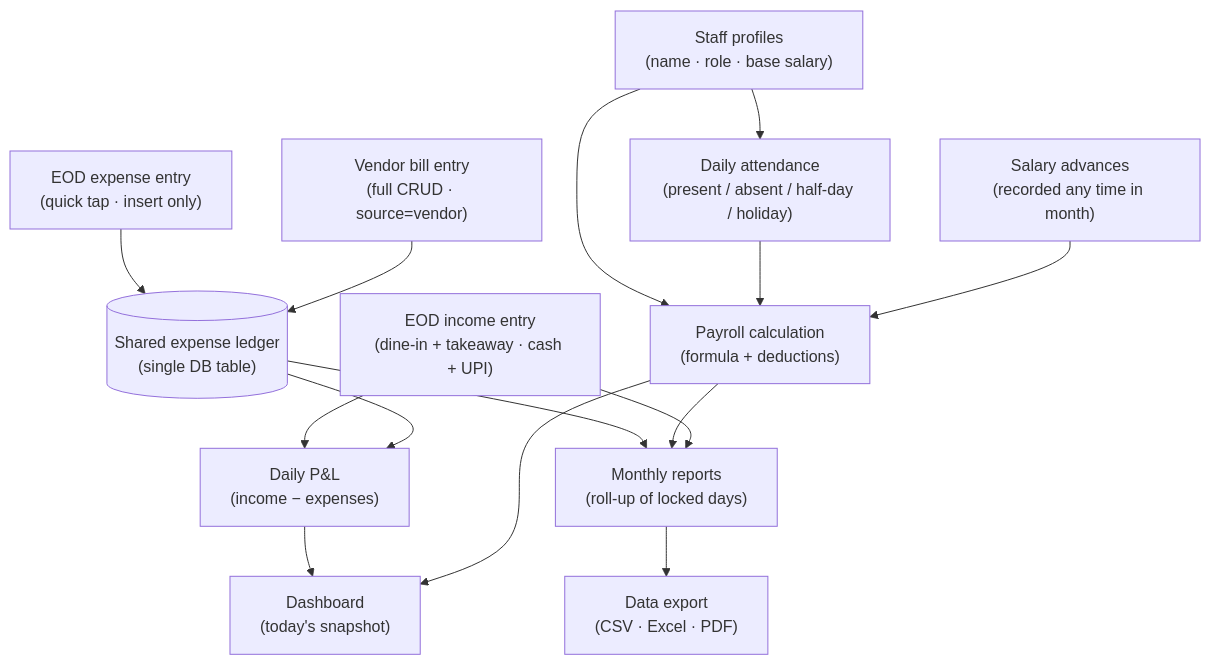
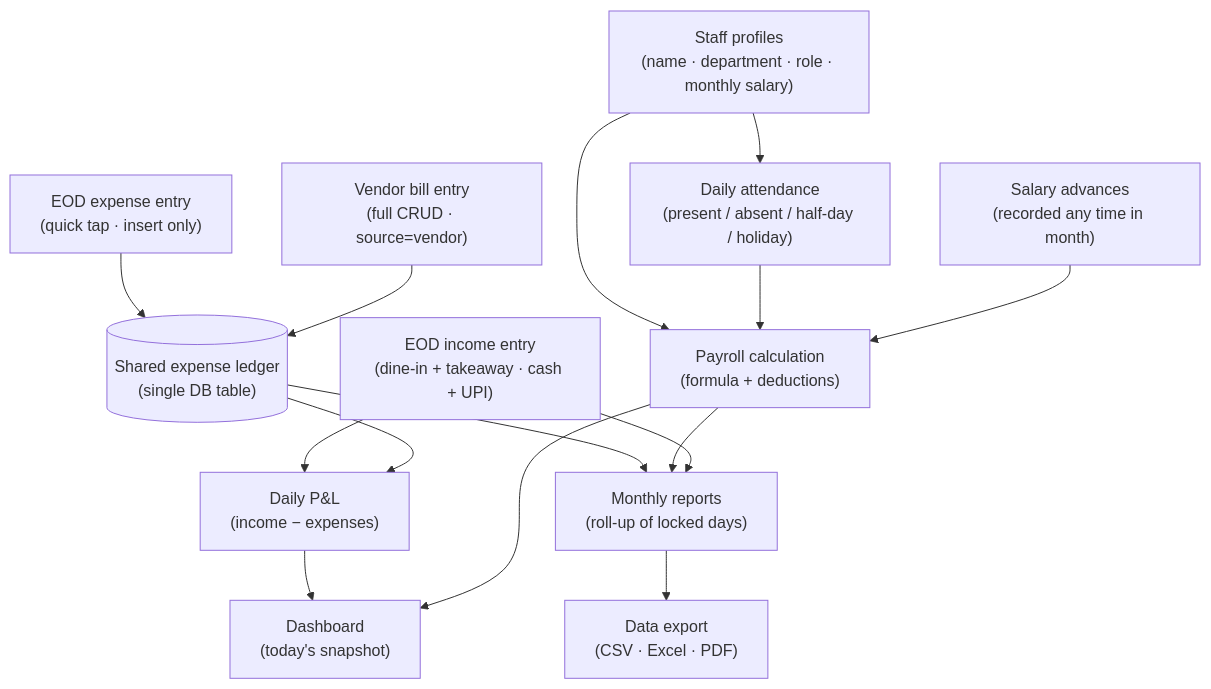
Before and after one commit to AbhishekS-381/Sree-Vaishnaves-Management: the second of 14 diagrams in Documentations/MODULE-MAPS.md, drawn with Mermaid. The commit also changed other lines of this file and 16 other files, not shown here.

Commit message:
docs: Update documentation terminology and architecture stack to Next.js App Router

````diff
--- a/Documentations/MODULE-MAPS.md
+++ b/Documentations/MODULE-MAPS.md
@@ -93,30 +93,30 @@
 ```mermaid
 flowchart TD
-  STAFF["Staff profiles\n(name · role · base salary)"]
+  STAFF["Staff profiles\n(name · department · role · monthly salary)"]
   ATT["Daily attendance\n(present / absent / half-day / holiday)"]
   ADV["Salary advances\n(recorded any time in month)"]
   EOD_INC["EOD income entry\n(dine-in + takeaway · cash + UPI)"]
   EOD_EXP["EOD expense entry\n(quick tap · insert only)"]
   VEN_EXP["Vendor bill entry\n(full CRUD · source=vendor)"]
   LEDGER[("Shared expense ledger\n(single DB table)")]
   PAYROLL["Payroll calculation\n(formula + deductions)"]
   DAILY_PL["Daily P&L\n(income − expenses)"]
   DASH["Dashboard\n(today's snapshot)"]
   MONTHLY["Monthly reports\n(roll-up of locked days)"]
   EXPORT["Data export\n(CSV · Excel · PDF)"]
 
   STAFF --> ATT
   STAFF --> PAYROLL
   ATT --> PAYROLL
   ADV --> PAYROLL
   EOD_INC --> DAILY_PL
   EOD_EXP --> LEDGER
   VEN_EXP --> LEDGER
   LEDGER --> DAILY_PL
   LEDGER --> MONTHLY
   DAILY_PL --> DASH
   PAYROLL --> DASH
   PAYROLL --> MONTHLY
   EOD_INC --> MONTHLY
   MONTHLY --> EXPORT
 ```
````
